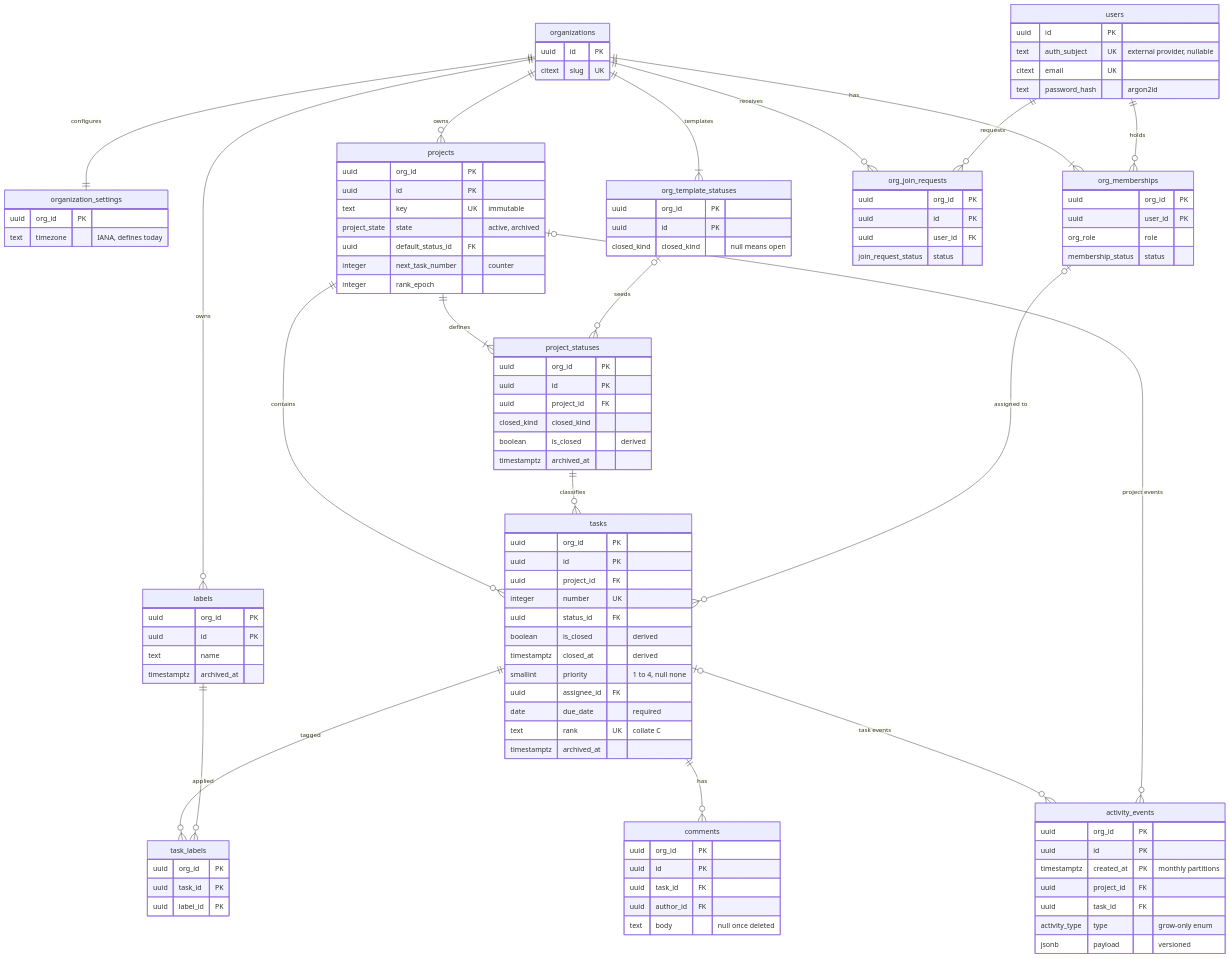
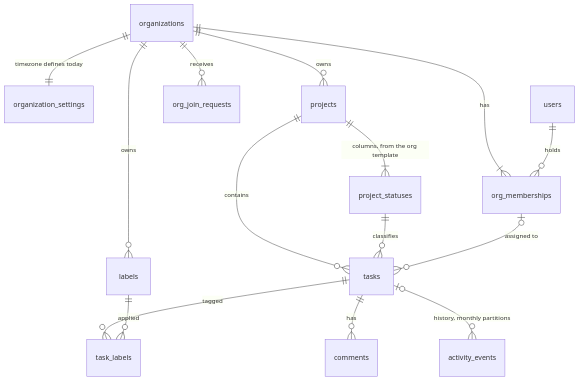
One commit to JeelVankhede/taskloom changed the diagram in docs/1.2-data-model.md. Above: the diagram before and after it, drawn with Mermaid. The commit also changed other lines of this file and 2 other files, not shown here.

````diff
--- a/docs/1.2-data-model.md
+++ b/docs/1.2-data-model.md
@@ -28,111 +23,17 @@
 ```mermaid
 erDiagram
-    users {
-        uuid id PK
-        text auth_subject UK "external provider, nullable"
-        citext email UK
-        text password_hash "argon2id"
-    }
-    organizations {
-        uuid id PK
-        citext slug UK
-    }
-    organization_settings {
-        uuid org_id PK
-        text timezone "IANA, defines today"
-    }
-    org_memberships {
-        uuid org_id PK
-        uuid user_id PK
-        org_role role
-        membership_status status
-    }
-    org_template_statuses {
-        uuid org_id PK
-        uuid id PK
-        closed_kind closed_kind "null means open"
-    }
-    projects {
-        uuid org_id PK
-        uuid id PK
-        text key UK "immutable"
-        project_state state "active, archived"
-        uuid default_status_id FK
-        integer next_task_number "counter"
-        integer rank_epoch
-    }
-    project_statuses {
-        uuid org_id PK
-        uuid id PK
-        uuid project_id FK
-        closed_kind closed_kind
-        boolean is_closed "derived"
-        timestamptz archived_at
-    }
-    tasks {
-        uuid org_id PK
-        uuid id PK
-        uuid project_id FK
-        integer number UK
-        uuid status_id FK
-        boolean is_closed "derived"
-        timestamptz closed_at "derived"
-        smallint priority "1 to 4, null none"
-        uuid assignee_id FK
-        date due_date "required"
-        text rank UK "collate C"
-        timestamptz archived_at
-    }
-    labels {
-        uuid org_id PK
-        uuid id PK
-        text name
-        timestamptz archived_at
-    }
-    org_join_requests {
-        uuid org_id PK
-        uuid id PK
-        uuid user_id FK
-        join_request_status status
-    }
-    task_labels {
-        uuid org_id PK
-        uuid task_id PK
-        uuid label_id PK
-    }
-    comments {
-        uuid org_id PK
-        uuid id PK
-        uuid task_id FK
-        uuid author_id FK
-        text body "null once deleted"
-    }
-    activity_events {
-        uuid org_id PK
-        uuid id PK
-        timestamptz created_at PK "monthly partitions"
-        uuid project_id FK
-        uuid task_id FK
-        activity_type type "grow-only enum"
-        jsonb payload "versioned"
-    }
-
-    organizations ||--|| organization_settings : configures
+    organizations ||--|| organization_settings : "timezone defines today"
     organizations ||--|{ org_memberships : has
     users ||--o{ org_memberships : holds
     organizations ||--o{ org_join_requests : receives
-    users ||--o{ org_join_requests : requests
-    organizations ||--|{ org_template_statuses : templates
     organizations ||--o{ projects : owns
     organizations ||--o{ labels : owns
-    projects ||--|{ project_statuses : defines
-    org_template_statuses |o--o{ project_statuses : seeds
+    projects ||--|{ project_statuses : "columns, from the org template"
     projects ||--o{ tasks : contains
     project_statuses ||--o{ tasks : classifies
     org_memberships |o--o{ tasks : "assigned to"
     tasks ||--o{ task_labels : tagged
     labels ||--o{ task_labels : applied
     tasks ||--o{ comments : has
-    tasks |o--o{ activity_events : "task events"
-    projects |o--o{ activity_events : "project events"
+    tasks |o--o{ activity_events : "history, monthly partitions"
 ```
````
